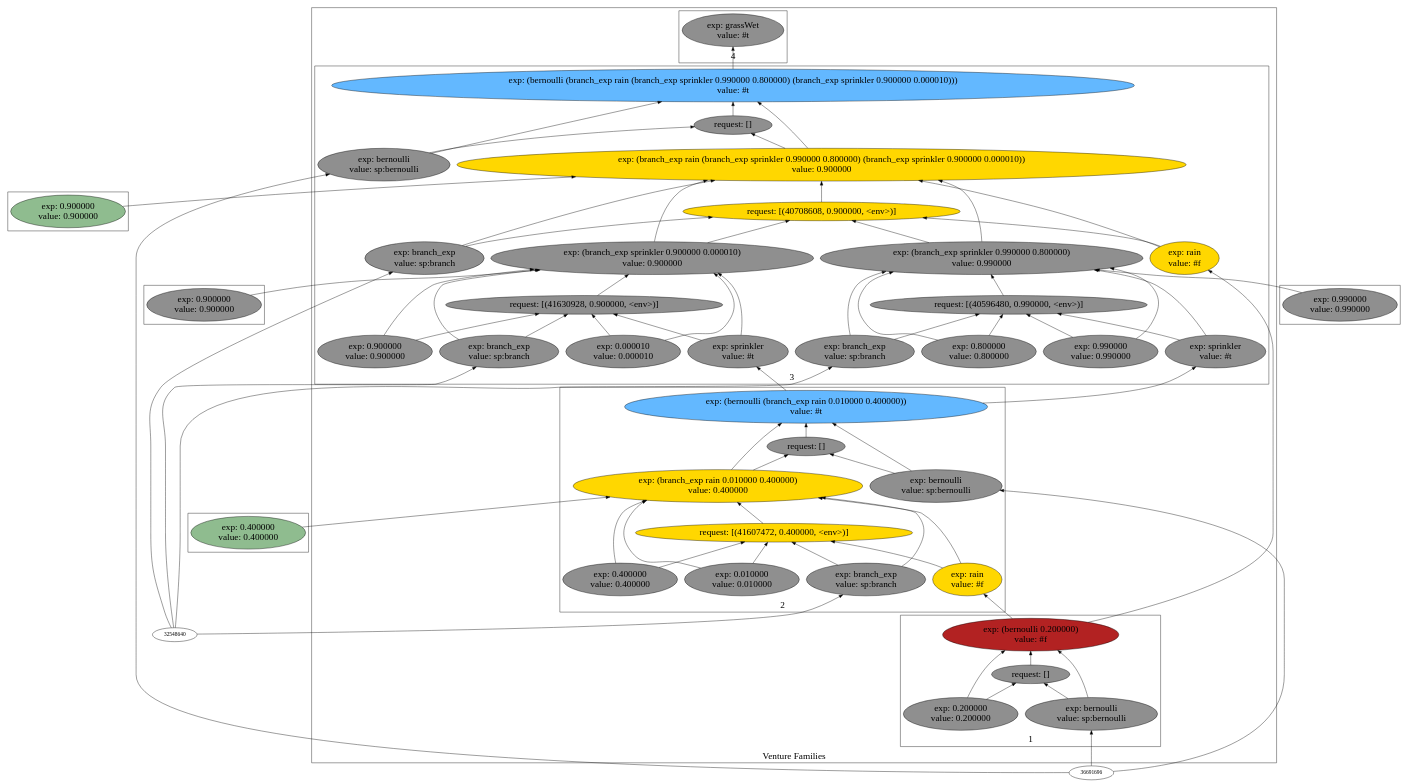
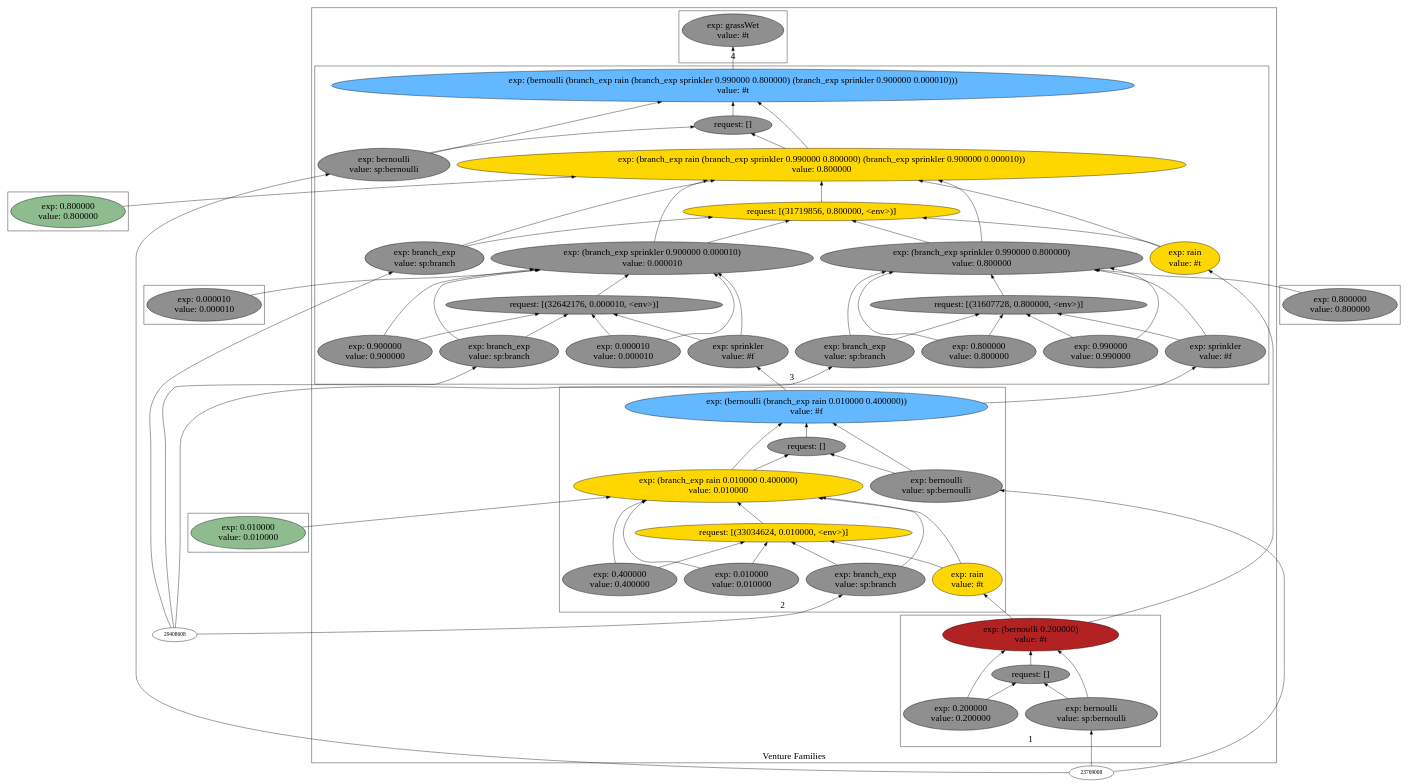
Before and after one commit to probcomp/Venturecxx: the diagram in backend/cxx/graphs/sprinkler/dot1.dot, drawn with Graphviz. The commit also changed 7 other files, not shown here.

```diff
--- a/backend/cxx/graphs/sprinkler/dot1.dot
+++ b/backend/cxx/graphs/sprinkler/dot1.dot
@@ -5,141 +5,141 @@
 label="Venture Families"
 subgraph cluster2 {
 label="1"
-"40713584"["fillcolor"="firebrick" "fontsize"="24" "label"="exp: (bernoulli 0.200000)\nvalue: #f" "shape"="ellipse" "style"="filled" ]
-"42705792"["fillcolor"="grey56" "fontsize"="24" "label"="request: []" "shape"="ellipse" "style"="filled" ]
-"41432720"["fillcolor"="grey56" "fontsize"="24" "label"="exp: bernoulli\nvalue: sp:bernoulli" "shape"="ellipse" "style"="filled" ]
-"41569728"["fillcolor"="grey56" "fontsize"="24" "label"="exp: 0.200000\nvalue: 0.200000" "shape"="ellipse" "style"="filled" ]
+"31724832"["fillcolor"="firebrick" "fontsize"="24" "label"="exp: (bernoulli 0.200000)\nvalue: #t" "shape"="ellipse" "style"="filled" ]
+"33717328"["fillcolor"="grey56" "fontsize"="24" "label"="request: []" "shape"="ellipse" "style"="filled" ]
+"32580976"["fillcolor"="grey56" "fontsize"="24" "label"="exp: bernoulli\nvalue: sp:bernoulli" "shape"="ellipse" "style"="filled" ]
+"32618720"["fillcolor"="grey56" "fontsize"="24" "label"="exp: 0.200000\nvalue: 0.200000" "shape"="ellipse" "style"="filled" ]
 }
 
 subgraph cluster3 {
 label="2"
-"42282848"["fillcolor"="steelblue1" "fontsize"="24" "label"="exp: (bernoulli (branch_exp rain 0.010000 0.400000))\nvalue: #t" "shape"="ellipse" "style"="filled" ]
-"41924112"["fillcolor"="grey56" "fontsize"="24" "label"="request: []" "shape"="ellipse" "style"="filled" ]
-"42344368"["fillcolor"="grey56" "fontsize"="24" "label"="exp: bernoulli\nvalue: sp:bernoulli" "shape"="ellipse" "style"="filled" ]
-"40595280"["fillcolor"="gold" "fontsize"="24" "label"="exp: (branch_exp rain 0.010000 0.400000)\nvalue: 0.400000" "shape"="ellipse" "style"="filled" ]
-"41607472"["fillcolor"="gold" "fontsize"="24" "label"="request: [(41607472, 0.400000, <env>)]" "shape"="ellipse" "style"="filled" ]
-"40889568"["fillcolor"="grey56" "fontsize"="24" "label"="exp: branch_exp\nvalue: sp:branch" "shape"="ellipse" "style"="filled" ]
-"41057568"["fillcolor"="gold" "fontsize"="24" "label"="exp: rain\nvalue: #f" "shape"="ellipse" "style"="filled" ]
-"41021744"["fillcolor"="grey56" "fontsize"="24" "label"="exp: 0.010000\nvalue: 0.010000" "shape"="ellipse" "style"="filled" ]
-"40790752"["fillcolor"="grey56" "fontsize"="24" "label"="exp: 0.400000\nvalue: 0.400000" "shape"="ellipse" "style"="filled" ]
+"33294384"["fillcolor"="steelblue1" "fontsize"="24" "label"="exp: (bernoulli (branch_exp rain 0.010000 0.400000))\nvalue: #f" "shape"="ellipse" "style"="filled" ]
+"33069568"["fillcolor"="grey56" "fontsize"="24" "label"="request: []" "shape"="ellipse" "style"="filled" ]
+"33355904"["fillcolor"="grey56" "fontsize"="24" "label"="exp: bernoulli\nvalue: sp:bernoulli" "shape"="ellipse" "style"="filled" ]
+"31606528"["fillcolor"="gold" "fontsize"="24" "label"="exp: (branch_exp rain 0.010000 0.400000)\nvalue: 0.010000" "shape"="ellipse" "style"="filled" ]
+"33034624"["fillcolor"="gold" "fontsize"="24" "label"="request: [(33034624, 0.010000, <env>)]" "shape"="ellipse" "style"="filled" ]
+"31900816"["fillcolor"="grey56" "fontsize"="24" "label"="exp: branch_exp\nvalue: sp:branch" "shape"="ellipse" "style"="filled" ]
+"32068816"["fillcolor"="gold" "fontsize"="24" "label"="exp: rain\nvalue: #t" "shape"="ellipse" "style"="filled" ]
+"32032992"["fillcolor"="grey56" "fontsize"="24" "label"="exp: 0.010000\nvalue: 0.010000" "shape"="ellipse" "style"="filled" ]
+"31801984"["fillcolor"="grey56" "fontsize"="24" "label"="exp: 0.400000\nvalue: 0.400000" "shape"="ellipse" "style"="filled" ]
 }
 
 subgraph cluster4 {
 label="3"
-"40624480"["fillcolor"="steelblue1" "fontsize"="24" "label"="exp: (bernoulli (branch_exp rain (branch_exp sprinkler 0.990000 0.800000) (branch_exp sprinkler 0.900000 0.000010)))\nvalue: #t" "shape"="ellipse" "style"="filled" ]
-"34316752"["fillcolor"="grey56" "fontsize"="24" "label"="request: []" "shape"="ellipse" "style"="filled" ]
-"40825264"["fillcolor"="grey56" "fontsize"="24" "label"="exp: bernoulli\nvalue: sp:bernoulli" "shape"="ellipse" "style"="filled" ]
-"43036928"["fillcolor"="gold" "fontsize"="24" "label"="exp: (branch_exp rain (branch_exp sprinkler 0.990000 0.800000) (branch_exp sprinkler 0.900000 0.000010))\nvalue: 0.900000" "shape"="ellipse" "style"="filled" ]
-"40708608"["fillcolor"="gold" "fontsize"="24" "label"="request: [(40708608, 0.900000, <env>)]" "shape"="ellipse" "style"="filled" ]
-"40872128"["fillcolor"="grey56" "fontsize"="24" "label"="exp: branch_exp\nvalue: sp:branch" "shape"="ellipse" "style"="filled" ]
-"41062672"["fillcolor"="gold" "fontsize"="24" "label"="exp: rain\nvalue: #f" "shape"="ellipse" "style"="filled" ]
-"41382256"["fillcolor"="grey56" "fontsize"="24" "label"="exp: (branch_exp sprinkler 0.990000 0.800000)\nvalue: 0.990000" "shape"="ellipse" "style"="filled" ]
-"40596480"["fillcolor"="grey56" "fontsize"="24" "label"="request: [(40596480, 0.990000, <env>)]" "shape"="ellipse" "style"="filled" ]
-"41418432"["fillcolor"="grey56" "fontsize"="24" "label"="exp: branch_exp\nvalue: sp:branch" "shape"="ellipse" "style"="filled" ]
-"41469632"["fillcolor"="grey56" "fontsize"="24" "label"="exp: sprinkler\nvalue: #t" "shape"="ellipse" "style"="filled" ]
-"41505808"["fillcolor"="grey56" "fontsize"="24" "label"="exp: 0.990000\nvalue: 0.990000" "shape"="ellipse" "style"="filled" ]
-"41557008"["fillcolor"="grey56" "fontsize"="24" "label"="exp: 0.800000\nvalue: 0.800000" "shape"="ellipse" "style"="filled" ]
-"41668672"["fillcolor"="grey56" "fontsize"="24" "label"="exp: (branch_exp sprinkler 0.900000 0.000010)\nvalue: 0.900000" "shape"="ellipse" "style"="filled" ]
-"41630928"["fillcolor"="grey56" "fontsize"="24" "label"="request: [(41630928, 0.900000, <env>)]" "shape"="ellipse" "style"="filled" ]
-"41706416"["fillcolor"="grey56" "fontsize"="24" "label"="exp: branch_exp\nvalue: sp:branch" "shape"="ellipse" "style"="filled" ]
-"41744160"["fillcolor"="grey56" "fontsize"="24" "label"="exp: sprinkler\nvalue: #t" "shape"="ellipse" "style"="filled" ]
-"41781904"["fillcolor"="grey56" "fontsize"="24" "label"="exp: 0.900000\nvalue: 0.900000" "shape"="ellipse" "style"="filled" ]
-"41819648"["fillcolor"="grey56" "fontsize"="24" "label"="exp: 0.000010\nvalue: 0.000010" "shape"="ellipse" "style"="filled" ]
+"32070704"["fillcolor"="steelblue1" "fontsize"="24" "label"="exp: (bernoulli (branch_exp rain (branch_exp sprinkler 0.990000 0.800000) (branch_exp sprinkler 0.900000 0.000010)))\nvalue: #t" "shape"="ellipse" "style"="filled" ]
+"34107232"["fillcolor"="grey56" "fontsize"="24" "label"="request: []" "shape"="ellipse" "style"="filled" ]
+"31836512"["fillcolor"="grey56" "fontsize"="24" "label"="exp: bernoulli\nvalue: sp:bernoulli" "shape"="ellipse" "style"="filled" ]
+"34048464"["fillcolor"="gold" "fontsize"="24" "label"="exp: (branch_exp rain (branch_exp sprinkler 0.990000 0.800000) (branch_exp sprinkler 0.900000 0.000010))\nvalue: 0.800000" "shape"="ellipse" "style"="filled" ]
+"31719856"["fillcolor"="gold" "fontsize"="24" "label"="request: [(31719856, 0.800000, <env>)]" "shape"="ellipse" "style"="filled" ]
+"31883376"["fillcolor"="grey56" "fontsize"="24" "label"="exp: branch_exp\nvalue: sp:branch" "shape"="ellipse" "style"="filled" ]
+"32073920"["fillcolor"="gold" "fontsize"="24" "label"="exp: rain\nvalue: #t" "shape"="ellipse" "style"="filled" ]
+"32393504"["fillcolor"="grey56" "fontsize"="24" "label"="exp: (branch_exp sprinkler 0.990000 0.800000)\nvalue: 0.800000" "shape"="ellipse" "style"="filled" ]
+"31607728"["fillcolor"="grey56" "fontsize"="24" "label"="request: [(31607728, 0.800000, <env>)]" "shape"="ellipse" "style"="filled" ]
+"32429680"["fillcolor"="grey56" "fontsize"="24" "label"="exp: branch_exp\nvalue: sp:branch" "shape"="ellipse" "style"="filled" ]
+"32480880"["fillcolor"="grey56" "fontsize"="24" "label"="exp: sprinkler\nvalue: #f" "shape"="ellipse" "style"="filled" ]
+"32517056"["fillcolor"="grey56" "fontsize"="24" "label"="exp: 0.990000\nvalue: 0.990000" "shape"="ellipse" "style"="filled" ]
+"32568256"["fillcolor"="grey56" "fontsize"="24" "label"="exp: 0.800000\nvalue: 0.800000" "shape"="ellipse" "style"="filled" ]
+"32679920"["fillcolor"="grey56" "fontsize"="24" "label"="exp: (branch_exp sprinkler 0.900000 0.000010)\nvalue: 0.000010" "shape"="ellipse" "style"="filled" ]
+"32642176"["fillcolor"="grey56" "fontsize"="24" "label"="request: [(32642176, 0.000010, <env>)]" "shape"="ellipse" "style"="filled" ]
+"32717664"["fillcolor"="grey56" "fontsize"="24" "label"="exp: branch_exp\nvalue: sp:branch" "shape"="ellipse" "style"="filled" ]
+"32755408"["fillcolor"="grey56" "fontsize"="24" "label"="exp: sprinkler\nvalue: #f" "shape"="ellipse" "style"="filled" ]
+"32793152"["fillcolor"="grey56" "fontsize"="24" "label"="exp: 0.900000\nvalue: 0.900000" "shape"="ellipse" "style"="filled" ]
+"32830896"["fillcolor"="grey56" "fontsize"="24" "label"="exp: 0.000010\nvalue: 0.000010" "shape"="ellipse" "style"="filled" ]
 }
 
 subgraph cluster5 {
 label="4"
-"43059072"["fillcolor"="grey56" "fontsize"="24" "label"="exp: grassWet\nvalue: #t" "shape"="ellipse" "style"="filled" ]
+"31907680"["fillcolor"="grey56" "fontsize"="24" "label"="exp: grassWet\nvalue: #t" "shape"="ellipse" "style"="filled" ]
 }
 
 }
 
 subgraph cluster6 {
 label=""
-"41593184"["fillcolor"="grey56" "fontsize"="24" "label"="exp: 0.990000\nvalue: 0.990000" "shape"="ellipse" "style"="filled" ]
+"31635728"["fillcolor"="darkseagreen" "fontsize"="24" "label"="exp: 0.010000\nvalue: 0.010000" "shape"="ellipse" "style"="filled" ]
 }
 
 subgraph cluster7 {
 label=""
-"41857392"["fillcolor"="grey56" "fontsize"="24" "label"="exp: 0.900000\nvalue: 0.900000" "shape"="ellipse" "style"="filled" ]
+"32604432"["fillcolor"="grey56" "fontsize"="24" "label"="exp: 0.800000\nvalue: 0.800000" "shape"="ellipse" "style"="filled" ]
 }
 
 subgraph cluster8 {
 label=""
-"41895136"["fillcolor"="darkseagreen" "fontsize"="24" "label"="exp: 0.900000\nvalue: 0.900000" "shape"="ellipse" "style"="filled" ]
+"32868640"["fillcolor"="grey56" "fontsize"="24" "label"="exp: 0.000010\nvalue: 0.000010" "shape"="ellipse" "style"="filled" ]
 }
 
 subgraph cluster9 {
 label=""
-"42866832"["fillcolor"="darkseagreen" "fontsize"="24" "label"="exp: 0.400000\nvalue: 0.400000" "shape"="ellipse" "style"="filled" ]
+"32906384"["fillcolor"="darkseagreen" "fontsize"="24" "label"="exp: 0.800000\nvalue: 0.800000" "shape"="ellipse" "style"="filled" ]
 }
 
-"40825264" -> "40624480"["arrowhead"="normal" "color"="black" "style"="solid" ]
-"40825264" -> "34316752"["arrowhead"="normal" "color"="black" "style"="solid" ]
-"36691696" -> "40825264"["arrowhead"="normal" "color"="black" "style"="solid" ]
-"43036928" -> "40624480"["arrowhead"="normal" "color"="black" "style"="solid" ]
-"43036928" -> "34316752"["arrowhead"="normal" "color"="black" "style"="solid" ]
-"40872128" -> "43036928"["arrowhead"="normal" "color"="black" "style"="solid" ]
-"40872128" -> "40708608"["arrowhead"="normal" "color"="black" "style"="solid" ]
-"32548640" -> "40872128"["arrowhead"="normal" "color"="black" "style"="solid" ]
-"41062672" -> "43036928"["arrowhead"="normal" "color"="black" "style"="solid" ]
-"41062672" -> "40708608"["arrowhead"="normal" "color"="black" "style"="solid" ]
-"40713584" -> "41062672"["arrowhead"="normal" "color"="black" "style"="solid" ]
-"41382256" -> "43036928"["arrowhead"="normal" "color"="black" "style"="solid" ]
-"41382256" -> "40708608"["arrowhead"="normal" "color"="black" "style"="solid" ]
-"41418432" -> "41382256"["arrowhead"="normal" "color"="black" "style"="solid" ]
-"41418432" -> "40596480"["arrowhead"="normal" "color"="black" "style"="solid" ]
-"32548640" -> "41418432"["arrowhead"="normal" "color"="black" "style"="solid" ]
-"41469632" -> "41382256"["arrowhead"="normal" "color"="black" "style"="solid" ]
-"41469632" -> "40596480"["arrowhead"="normal" "color"="black" "style"="solid" ]
-"42282848" -> "41469632"["arrowhead"="normal" "color"="black" "style"="solid" ]
-"41505808" -> "41382256"["arrowhead"="normal" "color"="black" "style"="solid" ]
-"41505808" -> "40596480"["arrowhead"="normal" "color"="black" "style"="solid" ]
-"41557008" -> "41382256"["arrowhead"="normal" "color"="black" "style"="solid" ]
-"41557008" -> "40596480"["arrowhead"="normal" "color"="black" "style"="solid" ]
-"40596480" -> "41382256"["arrowhead"="normal" "color"="black" "style"="solid" ]
-"41593184" -> "41382256"["arrowhead"="normal" "color"="black" "style"="solid" ]
-"41668672" -> "43036928"["arrowhead"="normal" "color"="black" "style"="solid" ]
-"41668672" -> "40708608"["arrowhead"="normal" "color"="black" "style"="solid" ]
-"41706416" -> "41668672"["arrowhead"="normal" "color"="black" "style"="solid" ]
-"41706416" -> "41630928"["arrowhead"="normal" "color"="black" "style"="solid" ]
-"32548640" -> "41706416"["arrowhead"="normal" "color"="black" "style"="solid" ]
-"41744160" -> "41668672"["arrowhead"="normal" "color"="black" "style"="solid" ]
-"41744160" -> "41630928"["arrowhead"="normal" "color"="black" "style"="solid" ]
-"42282848" -> "41744160"["arrowhead"="normal" "color"="black" "style"="solid" ]
-"41781904" -> "41668672"["arrowhead"="normal" "color"="black" "style"="solid" ]
-"41781904" -> "41630928"["arrowhead"="normal" "color"="black" "style"="solid" ]
-"41819648" -> "41668672"["arrowhead"="normal" "color"="black" "style"="solid" ]
-"41819648" -> "41630928"["arrowhead"="normal" "color"="black" "style"="solid" ]
-"41630928" -> "41668672"["arrowhead"="normal" "color"="black" "style"="solid" ]
-"41857392" -> "41668672"["arrowhead"="normal" "color"="black" "style"="solid" ]
-"40708608" -> "43036928"["arrowhead"="normal" "color"="black" "style"="solid" ]
-"41895136" -> "43036928"["arrowhead"="normal" "color"="black" "style"="solid" ]
-"34316752" -> "40624480"["arrowhead"="normal" "color"="black" "style"="solid" ]
-"41432720" -> "40713584"["arrowhead"="normal" "color"="black" "style"="solid" ]
-"41432720" -> "42705792"["arrowhead"="normal" "color"="black" "style"="solid" ]
-"36691696" -> "41432720"["arrowhead"="normal" "color"="black" "style"="solid" ]
-"41569728" -> "40713584"["arrowhead"="normal" "color"="black" "style"="solid" ]
-"41569728" -> "42705792"["arrowhead"="normal" "color"="black" "style"="solid" ]
-"42705792" -> "40713584"["arrowhead"="normal" "color"="black" "style"="solid" ]
-"42344368" -> "42282848"["arrowhead"="normal" "color"="black" "style"="solid" ]
-"42344368" -> "41924112"["arrowhead"="normal" "color"="black" "style"="solid" ]
-"36691696" -> "42344368"["arrowhead"="normal" "color"="black" "style"="solid" ]
-"40595280" -> "42282848"["arrowhead"="normal" "color"="black" "style"="solid" ]
-"40595280" -> "41924112"["arrowhead"="normal" "color"="black" "style"="solid" ]
-"40889568" -> "40595280"["arrowhead"="normal" "color"="black" "style"="solid" ]
-"40889568" -> "41607472"["arrowhead"="normal" "color"="black" "style"="solid" ]
-"32548640" -> "40889568"["arrowhead"="normal" "color"="black" "style"="solid" ]
-"41057568" -> "40595280"["arrowhead"="normal" "color"="black" "style"="solid" ]
-"41057568" -> "41607472"["arrowhead"="normal" "color"="black" "style"="solid" ]
-"40713584" -> "41057568"["arrowhead"="normal" "color"="black" "style"="solid" ]
-"41021744" -> "40595280"["arrowhead"="normal" "color"="black" "style"="solid" ]
-"41021744" -> "41607472"["arrowhead"="normal" "color"="black" "style"="solid" ]
-"40790752" -> "40595280"["arrowhead"="normal" "color"="black" "style"="solid" ]
-"40790752" -> "41607472"["arrowhead"="normal" "color"="black" "style"="solid" ]
-"41607472" -> "40595280"["arrowhead"="normal" "color"="black" "style"="solid" ]
-"42866832" -> "40595280"["arrowhead"="normal" "color"="black" "style"="solid" ]
-"41924112" -> "42282848"["arrowhead"="normal" "color"="black" "style"="solid" ]
-"40624480" -> "43059072"["arrowhead"="normal" "color"="black" "style"="solid" ]
+"32580976" -> "31724832"["arrowhead"="normal" "color"="black" "style"="solid" ]
+"32580976" -> "33717328"["arrowhead"="normal" "color"="black" "style"="solid" ]
+"23709008" -> "32580976"["arrowhead"="normal" "color"="black" "style"="solid" ]
+"32618720" -> "31724832"["arrowhead"="normal" "color"="black" "style"="solid" ]
+"32618720" -> "33717328"["arrowhead"="normal" "color"="black" "style"="solid" ]
+"33717328" -> "31724832"["arrowhead"="normal" "color"="black" "style"="solid" ]
+"32070704" -> "31907680"["arrowhead"="normal" "color"="black" "style"="solid" ]
+"31836512" -> "32070704"["arrowhead"="normal" "color"="black" "style"="solid" ]
+"31836512" -> "34107232"["arrowhead"="normal" "color"="black" "style"="solid" ]
+"23709008" -> "31836512"["arrowhead"="normal" "color"="black" "style"="solid" ]
+"34048464" -> "32070704"["arrowhead"="normal" "color"="black" "style"="solid" ]
+"34048464" -> "34107232"["arrowhead"="normal" "color"="black" "style"="solid" ]
+"31883376" -> "34048464"["arrowhead"="normal" "color"="black" "style"="solid" ]
+"31883376" -> "31719856"["arrowhead"="normal" "color"="black" "style"="solid" ]
+"29408608" -> "31883376"["arrowhead"="normal" "color"="black" "style"="solid" ]
+"32073920" -> "34048464"["arrowhead"="normal" "color"="black" "style"="solid" ]
+"32073920" -> "31719856"["arrowhead"="normal" "color"="black" "style"="solid" ]
+"31724832" -> "32073920"["arrowhead"="normal" "color"="black" "style"="solid" ]
+"32393504" -> "34048464"["arrowhead"="normal" "color"="black" "style"="solid" ]
+"32393504" -> "31719856"["arrowhead"="normal" "color"="black" "style"="solid" ]
+"32429680" -> "32393504"["arrowhead"="normal" "color"="black" "style"="solid" ]
+"32429680" -> "31607728"["arrowhead"="normal" "color"="black" "style"="solid" ]
+"29408608" -> "32429680"["arrowhead"="normal" "color"="black" "style"="solid" ]
+"32480880" -> "32393504"["arrowhead"="normal" "color"="black" "style"="solid" ]
+"32480880" -> "31607728"["arrowhead"="normal" "color"="black" "style"="solid" ]
+"33294384" -> "32480880"["arrowhead"="normal" "color"="black" "style"="solid" ]
+"32517056" -> "32393504"["arrowhead"="normal" "color"="black" "style"="solid" ]
+"32517056" -> "31607728"["arrowhead"="normal" "color"="black" "style"="solid" ]
+"32568256" -> "32393504"["arrowhead"="normal" "color"="black" "style"="solid" ]
+"32568256" -> "31607728"["arrowhead"="normal" "color"="black" "style"="solid" ]
+"31607728" -> "32393504"["arrowhead"="normal" "color"="black" "style"="solid" ]
+"32604432" -> "32393504"["arrowhead"="normal" "color"="black" "style"="solid" ]
+"32679920" -> "34048464"["arrowhead"="normal" "color"="black" "style"="solid" ]
+"32679920" -> "31719856"["arrowhead"="normal" "color"="black" "style"="solid" ]
+"32717664" -> "32679920"["arrowhead"="normal" "color"="black" "style"="solid" ]
+"32717664" -> "32642176"["arrowhead"="normal" "color"="black" "style"="solid" ]
+"29408608" -> "32717664"["arrowhead"="normal" "color"="black" "style"="solid" ]
+"32755408" -> "32679920"["arrowhead"="normal" "color"="black" "style"="solid" ]
+"32755408" -> "32642176"["arrowhead"="normal" "color"="black" "style"="solid" ]
+"33294384" -> "32755408"["arrowhead"="normal" "color"="black" "style"="solid" ]
+"32793152" -> "32679920"["arrowhead"="normal" "color"="black" "style"="solid" ]
+"32793152" -> "32642176"["arrowhead"="normal" "color"="black" "style"="solid" ]
+"32830896" -> "32679920"["arrowhead"="normal" "color"="black" "style"="solid" ]
+"32830896" -> "32642176"["arrowhead"="normal" "color"="black" "style"="solid" ]
+"32642176" -> "32679920"["arrowhead"="normal" "color"="black" "style"="solid" ]
+"32868640" -> "32679920"["arrowhead"="normal" "color"="black" "style"="solid" ]
+"31719856" -> "34048464"["arrowhead"="normal" "color"="black" "style"="solid" ]
+"32906384" -> "34048464"["arrowhead"="normal" "color"="black" "style"="solid" ]
+"34107232" -> "32070704"["arrowhead"="normal" "color"="black" "style"="solid" ]
+"33355904" -> "33294384"["arrowhead"="normal" "color"="black" "style"="solid" ]
+"33355904" -> "33069568"["arrowhead"="normal" "color"="black" "style"="solid" ]
+"23709008" -> "33355904"["arrowhead"="normal" "color"="black" "style"="solid" ]
+"31606528" -> "33294384"["arrowhead"="normal" "color"="black" "style"="solid" ]
+"31606528" -> "33069568"["arrowhead"="normal" "color"="black" "style"="solid" ]
+"31900816" -> "31606528"["arrowhead"="normal" "color"="black" "style"="solid" ]
+"31900816" -> "33034624"["arrowhead"="normal" "color"="black" "style"="solid" ]
+"29408608" -> "31900816"["arrowhead"="normal" "color"="black" "style"="solid" ]
+"32068816" -> "31606528"["arrowhead"="normal" "color"="black" "style"="solid" ]
+"32068816" -> "33034624"["arrowhead"="normal" "color"="black" "style"="solid" ]
+"31724832" -> "32068816"["arrowhead"="normal" "color"="black" "style"="solid" ]
+"32032992" -> "31606528"["arrowhead"="normal" "color"="black" "style"="solid" ]
+"32032992" -> "33034624"["arrowhead"="normal" "color"="black" "style"="solid" ]
+"31801984" -> "31606528"["arrowhead"="normal" "color"="black" "style"="solid" ]
+"31801984" -> "33034624"["arrowhead"="normal" "color"="black" "style"="solid" ]
+"33034624" -> "31606528"["arrowhead"="normal" "color"="black" "style"="solid" ]
+"31635728" -> "31606528"["arrowhead"="normal" "color"="black" "style"="solid" ]
+"33069568" -> "33294384"["arrowhead"="normal" "color"="black" "style"="solid" ]
 
 }
```
